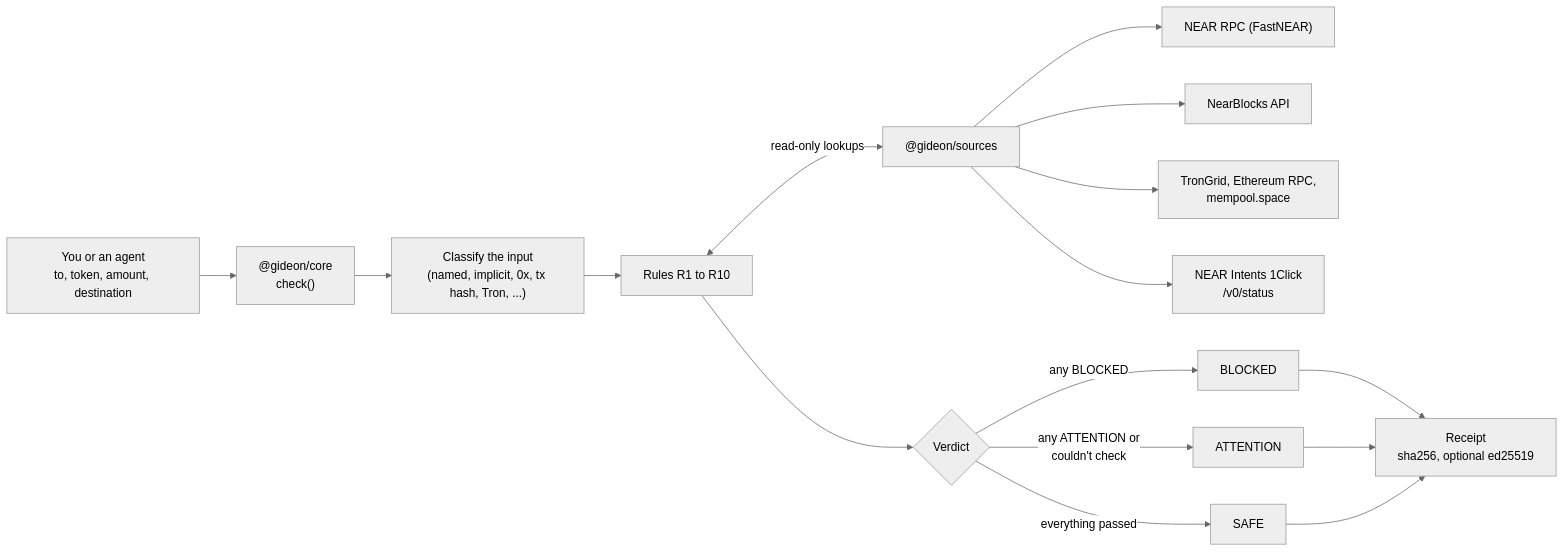
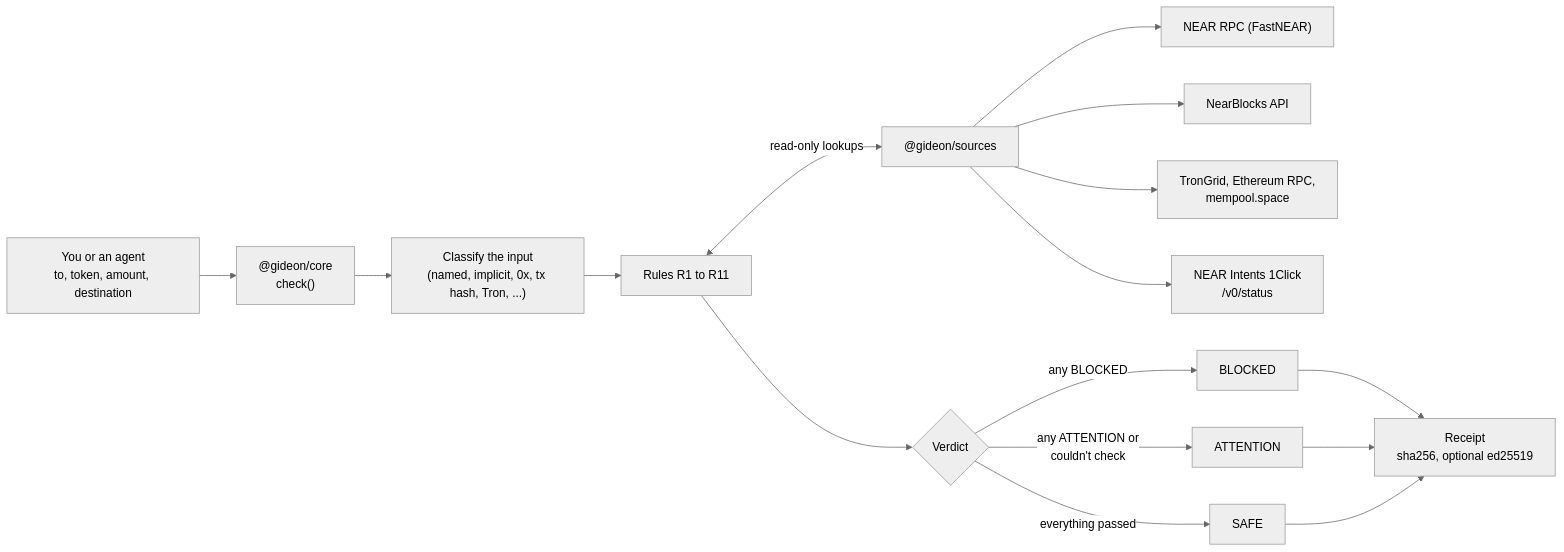
The diagram in README.md (Adelekejr/Gideon-near), drawn with Mermaid (neutral theme) before and after one commit. The commit also changed other lines of this file and 18 other files, not shown here.

````diff
--- a/README.md
+++ b/README.md
@@ -71,16 +72,16 @@
 ```mermaid
 flowchart LR
   U["You or an agent<br/>to, token, amount, destination"] --> E["@gideon/core<br/>check()"]
   E --> C["Classify the input<br/>(named, implicit, 0x, tx hash, Tron, ...)"]
-  C --> R["Rules R1 to R10"]
+  C --> R["Rules R1 to R11"]
   R <-->|"read-only lookups"| S["@gideon/sources"]
   S --> RPC["NEAR RPC (FastNEAR)"]
   S --> NB["NearBlocks API"]
   S --> FC["TronGrid, Ethereum RPC,<br/>mempool.space"]
   S --> OC["NEAR Intents 1Click<br/>/v0/status"]
   R --> V{"Verdict"}
   V -->|"any BLOCKED"| B["BLOCKED"]
   V -->|"any ATTENTION or<br/>couldn't check"| A["ATTENTION"]
   V -->|"everything passed"| OK["SAFE"]
   B & A & OK --> RC["Receipt<br/>sha256, optional ed25519"]
 ```
````
